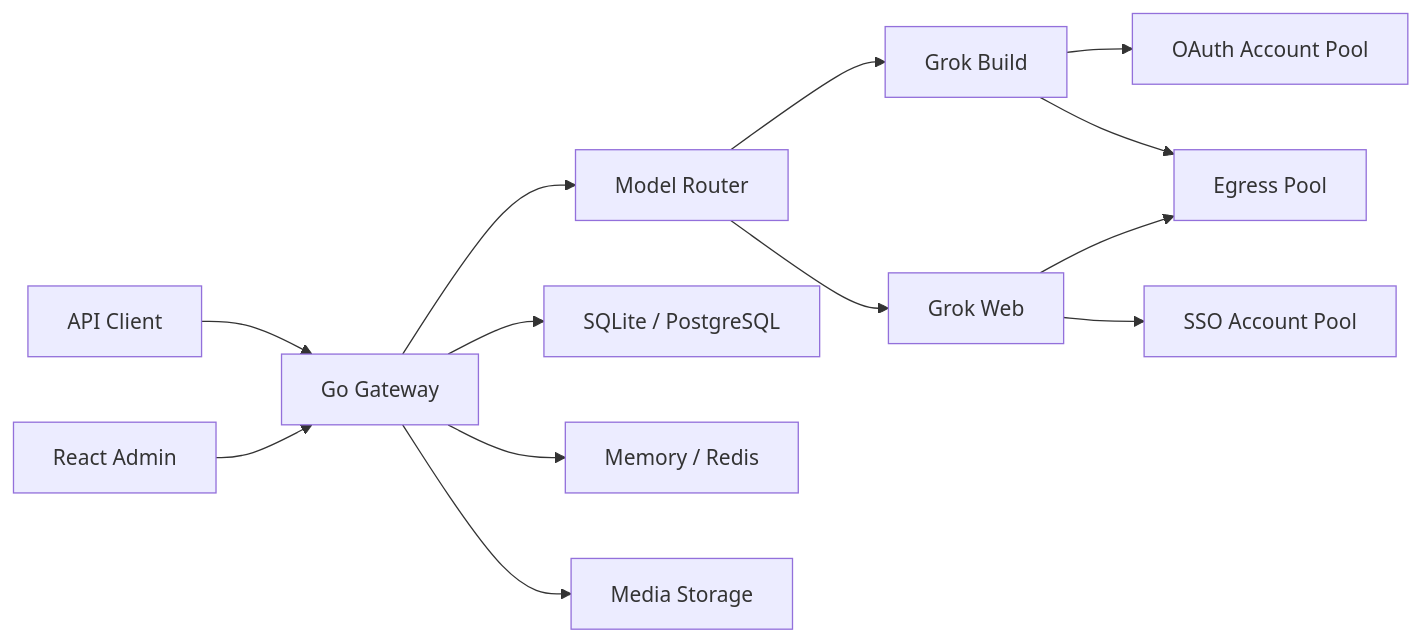
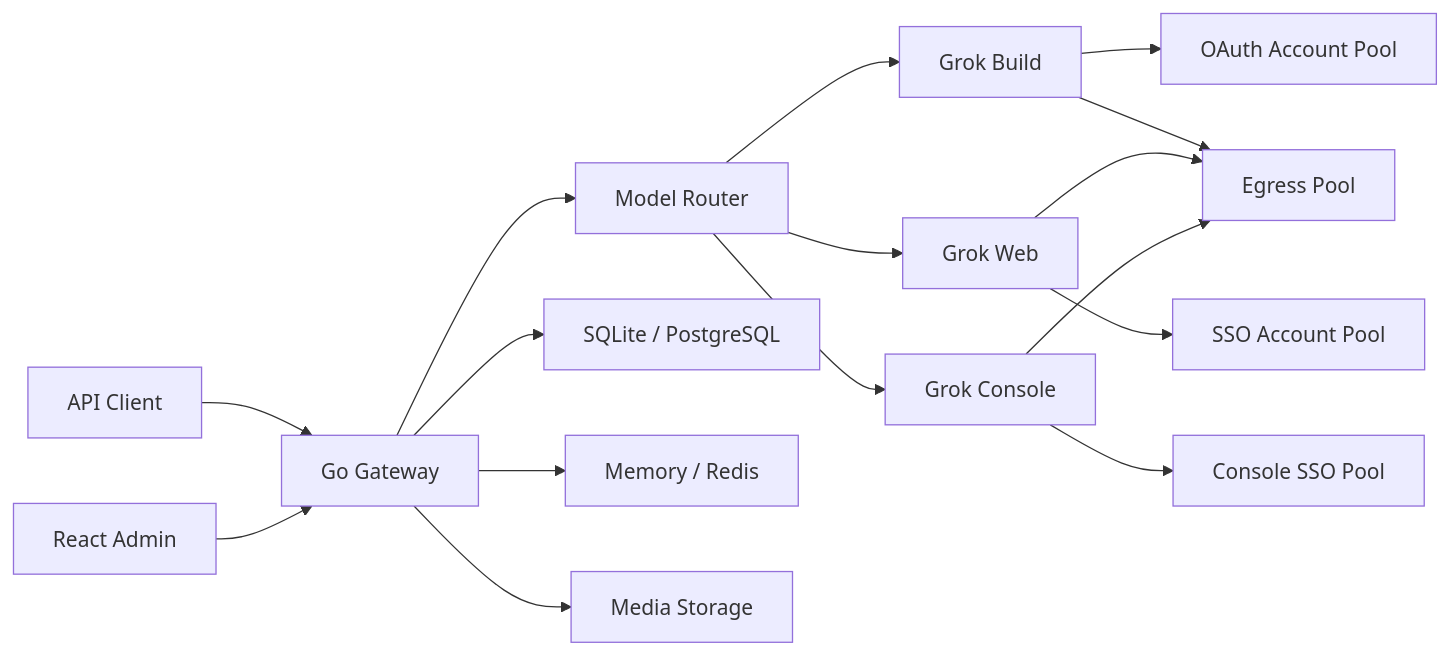
One commit to Sakuralaaa/grok2api-minechange changed the diagram in README.md. Above: the diagram before and after it, drawn with Mermaid. The commit also changed other lines of this file and 1 other file, not shown here.

````diff
--- a/README.md
+++ b/README.md
@@ -48,18 +44,21 @@
 ```mermaid
 flowchart LR
     Client["API Client"] --> Gateway["Go Gateway"]
     Admin["React Admin"] --> Gateway
 
     Gateway --> Router["Model Router"]
     Router --> Build["Grok Build"]
     Router --> Web["Grok Web"]
+    Router --> Console["Grok Console"]
 
     Build --> BuildPool["OAuth Account Pool"]
     Web --> WebPool["SSO Account Pool"]
+    Console --> ConsolePool["Console SSO Pool"]
     Build --> Egress["Egress Pool"]
     Web --> Egress
+    Console --> Egress
 
     Gateway --> Database["SQLite / PostgreSQL"]
     Gateway --> Runtime["Memory / Redis"]
     Gateway --> Media["Media Storage"]
 ```
````
